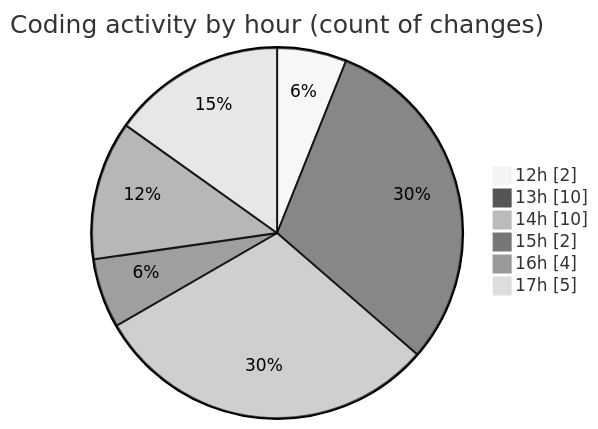
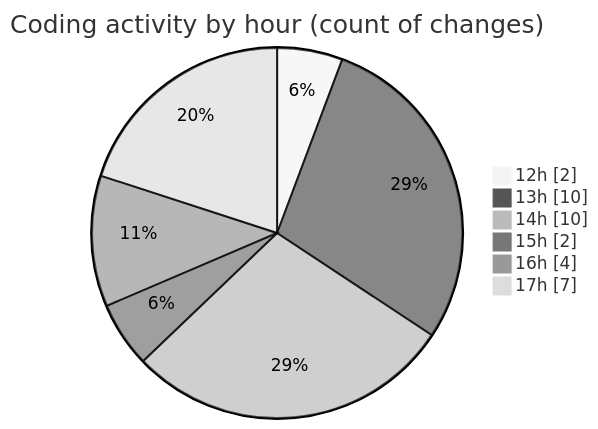
One commit to shibass792/code-tracking changed the second of 2 diagrams in 2026-07-12/untitled__workspace_/README.md. Above: the diagram before and after it, drawn with Mermaid (neutral theme). The commit also changed other lines of this file and 1 other file, not shown here.

````diff
--- a/2026-07-12/untitled__workspace_/README.md
+++ b/2026-07-12/untitled__workspace_/README.md
@@ -38,10 +38,10 @@
 ```mermaid
 pie showData
 title Coding activity by hour (count of changes)
 "12h" : 2
 "13h" : 10
 "14h" : 10
 "15h" : 2
 "16h" : 4
-"17h" : 5
+"17h" : 7
 ```
````
